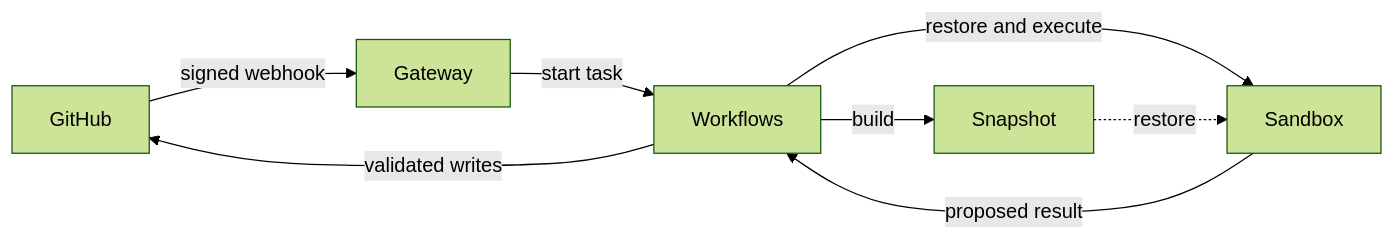
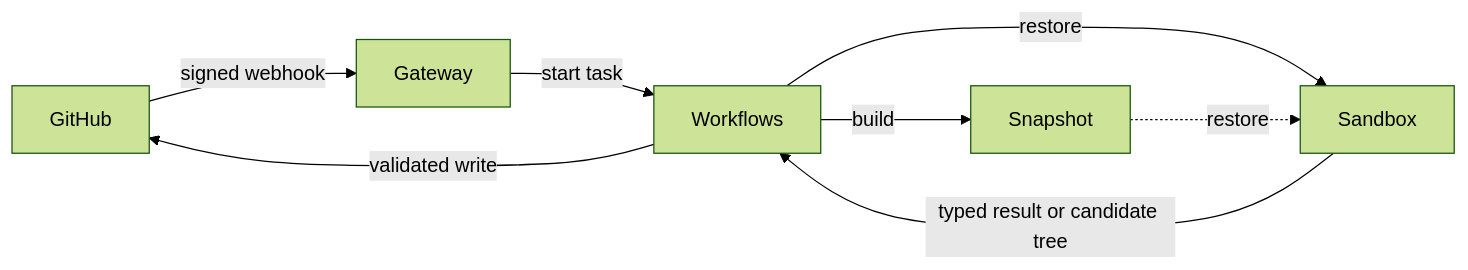
Before and after one commit to Ho1yShif/software-factory: the diagram in docs/architecture.md, drawn with Mermaid (forest theme). The commit also changed other lines of this file and 9 other files, not shown here.

````diff
--- a/docs/architecture.md
+++ b/docs/architecture.md
@@ -9,10 +9,10 @@
 ```mermaid
 flowchart LR
   GitHub -->|signed webhook| Gateway
   Gateway -->|start task| Workflows
-  Workflows -->|restore and execute| Sandbox
-  Sandbox -->|proposed result| Workflows
-  Workflows -->|validated writes| GitHub
+  Workflows -->|restore| Sandbox
+  Sandbox -->|typed result or candidate tree| Workflows
+  Workflows -->|validated write| GitHub
   Workflows -->|build| Snapshot
   Snapshot -.->|restore| Sandbox
 ```
````
